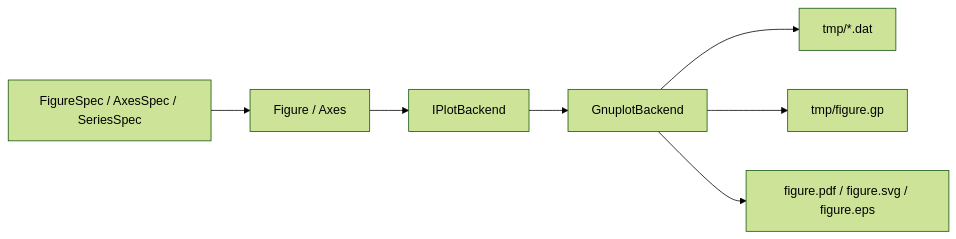
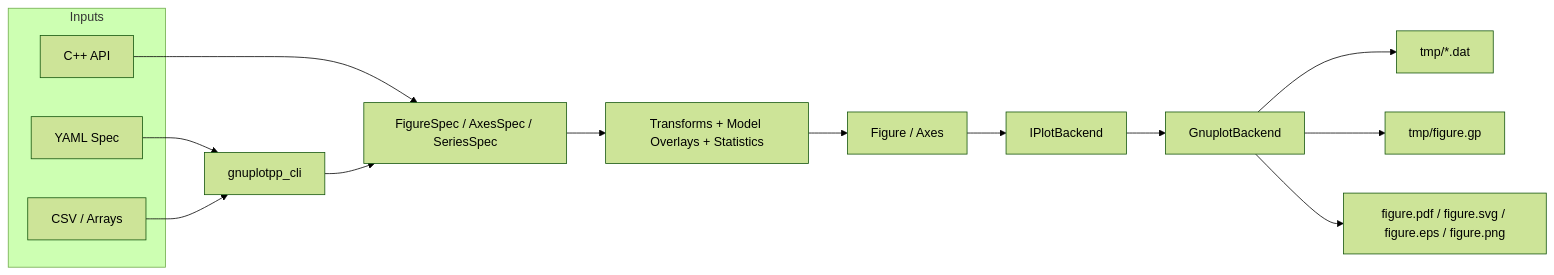
One commit to watsonryan/gnuplotpp changed the diagram in README.md. Above: the diagram before and after it, drawn with Mermaid (forest theme). The commit also changed 1 other file, not shown here.

Commit message:
render/docs: improve grid visibility, arrow heads, and architecture diagram

````diff
--- a/README.md
+++ b/README.md
@@ -91,9 +91,23 @@
 ```mermaid
 flowchart LR
-  A[FigureSpec / AxesSpec / SeriesSpec] --> B[Figure / Axes]
-  B --> C[IPlotBackend]
-  C --> D[GnuplotBackend]
-  D --> E[tmp/*.dat]
-  D --> F[tmp/figure.gp]
-  D --> G[figure.pdf / figure.svg / figure.eps]
+  subgraph Inputs
+    Y[YAML Spec]
+    C[CSV / Arrays]
+    CPP[C++ API]
+  end
+
+  Y --> CLI[gnuplotpp_cli]
+  C --> CLI
+  CPP --> Core[FigureSpec / AxesSpec / SeriesSpec]
+  CLI --> Core
+
+  Core --> Ops[Transforms + Model Overlays + Statistics]
+  Ops --> Fig[Figure / Axes]
+
+  Fig --> Backend[IPlotBackend]
+  Backend --> Gnuplot[GnuplotBackend]
+
+  Gnuplot --> Dat[tmp/*.dat]
+  Gnuplot --> Script[tmp/figure.gp]
+  Gnuplot --> Out[figure.pdf / figure.svg / figure.eps / figure.png]
 ```
````
